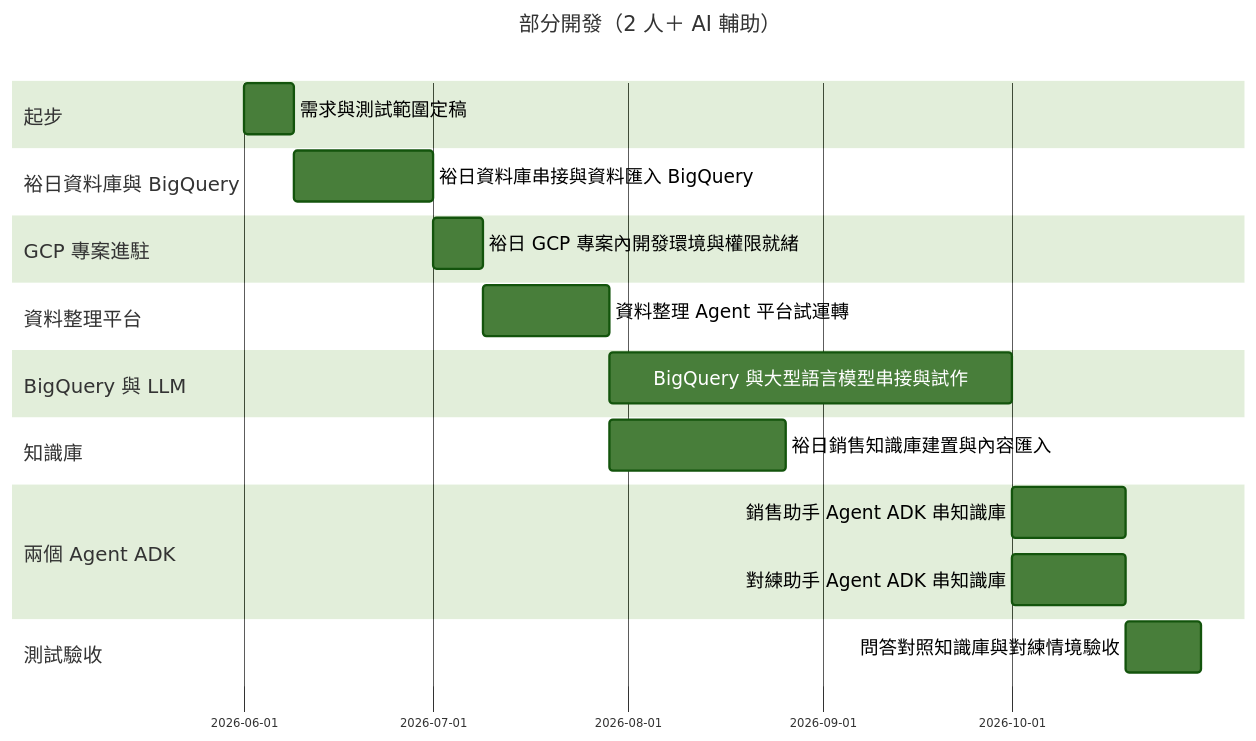
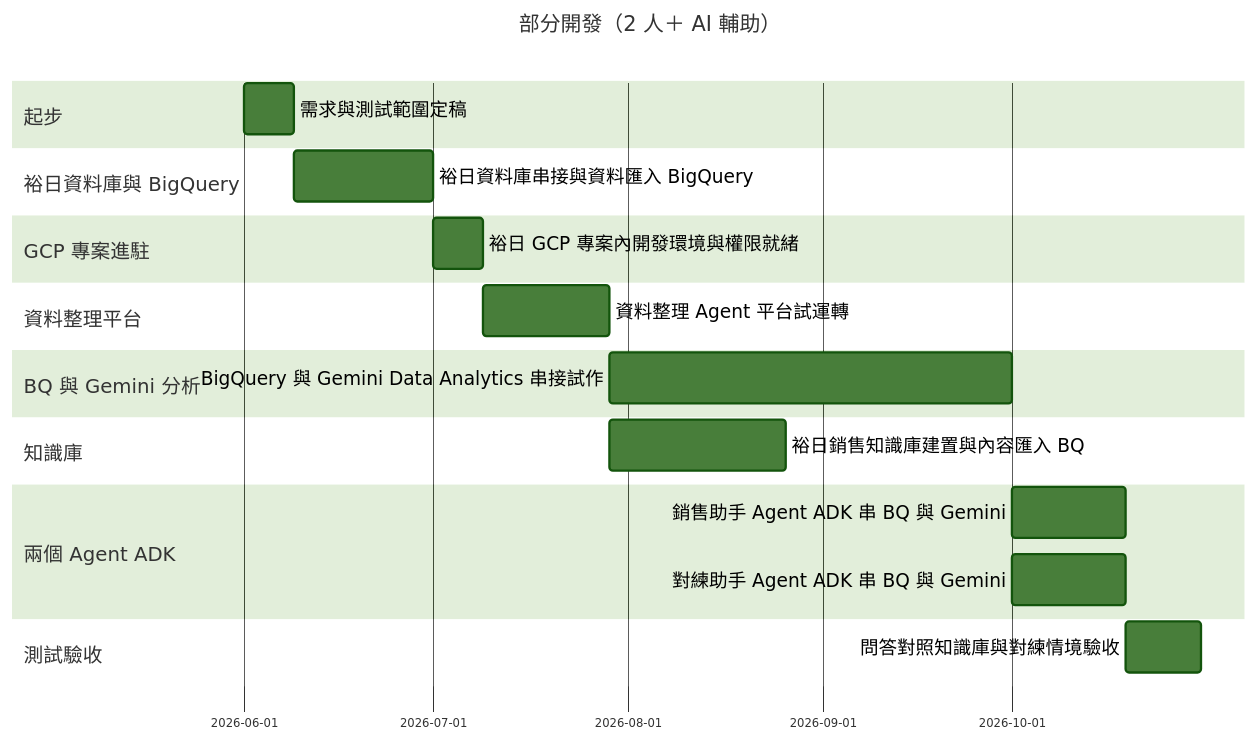
One commit to humtersiso/YNM_Sales_AI_Coach changed the second of 2 diagrams in PROJECT_SCOPE_SALES_TRAINING.md. Above: the diagram before and after it, drawn with Mermaid (forest theme). The commit also changed other lines of this file and 3 other files, not shown here.

First line of the commit message:
docs: v0.15 定案 BQ + Gemini Data Analytics 資料路徑

````diff
--- a/PROJECT_SCOPE_SALES_TRAINING.md
+++ b/PROJECT_SCOPE_SALES_TRAINING.md
@@ -160,23 +305,45 @@
 ```mermaid
+
 %%{init: { "gantt": { "barHeight": 44, "barGap": 14, "fontSize": 16, "sectionFontSize": 17, "topPadding": 70, "leftPadding": 200, "gridLineStartPadding": 50 } } }%%
+
 gantt
+
 title 部分開發（2 人＋ AI 輔助）
+
 dateFormat YYYY-MM-DD
+
 section 起步
+
 需求與測試範圍定稿 :v0, 2026-06-01, 8d
+
 section 裕日資料庫與 BigQuery
+
 裕日資料庫串接與資料匯入 BigQuery :vdb, after v0, 22d
+
 section GCP 專案進駐
+
 裕日 GCP 專案內開發環境與權限就緒 :v1, after vdb, 8d
+
 section 資料整理平台
+
 資料整理 Agent 平台試運轉 :v2, after v1, 20d
-section BigQuery 與 LLM
-BigQuery 與大型語言模型串接與試作 :vll, after v2, 64d
+
+section BQ 與 Gemini 分析
+
+BigQuery 與 Gemini Data Analytics 串接試作 :vll, after v2, 64d
+
 section 知識庫
-裕日銷售知識庫建置與內容匯入 :v3, after v2, 28d
+
+裕日銷售知識庫建置與內容匯入 BQ :v3, after v2, 28d
+
 section 兩個 Agent ADK
-銷售助手 Agent ADK 串知識庫 :v4a, after vll v3, 18d
-對練助手 Agent ADK 串知識庫 :v4b, after vll v3, 18d
+
+銷售助手 Agent ADK 串 BQ 與 Gemini :v4a, after vll v3, 18d
+
+對練助手 Agent ADK 串 BQ 與 Gemini :v4b, after vll v3, 18d
+
 section 測試驗收
+
 問答對照知識庫與對練情境驗收 :v5, after v4a v4b, 12d
+
 ```
````
